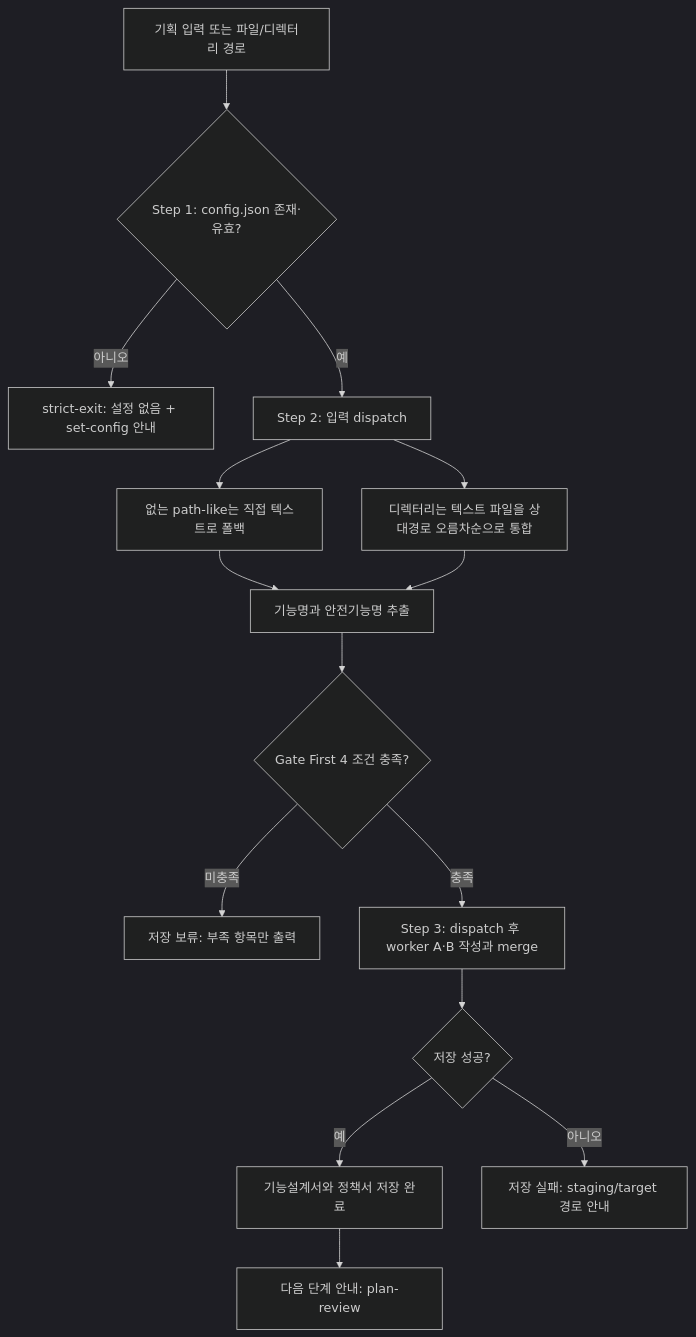
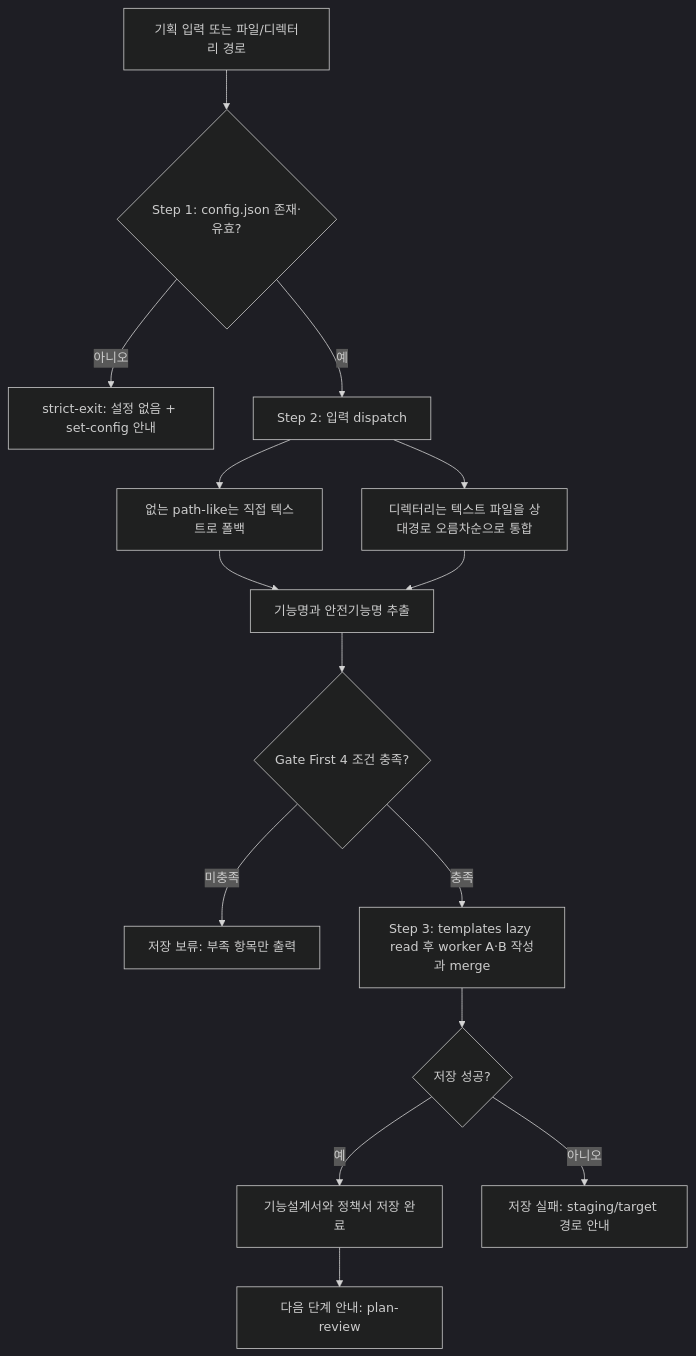
Before and after one commit to inkwonjung-colosseum/plugins: the third of 5 diagrams in product-team-kit/docs/skills-workflow.md, drawn with Mermaid (dark theme). The commit also changed other lines of this file and 37 other files, not shown here.

````diff
--- a/product-team-kit/docs/skills-workflow.md
+++ b/product-team-kit/docs/skills-workflow.md
@@ -100,17 +107,17 @@
 ```mermaid
 flowchart TD
     A[기획 입력 또는 파일/디렉터리 경로] --> S1{Step 1: config.json 존재·유효?}
     S1 -- 아니오 --> S1X[strict-exit: 설정 없음 + set-config 안내]
     S1 -- 예 --> B[Step 2: 입력 dispatch]
     B --> B1[없는 path-like는 직접 텍스트로 폴백]
     B --> B2[디렉터리는 텍스트 파일을 상대경로 오름차순으로 통합]
     B1 --> C[기능명과 안전기능명 추출]
     B2 --> C
     C --> D{Gate First 4 조건 충족?}
     D -- 미충족 --> E[저장 보류: 부족 항목만 출력]
-    D -- 충족 --> H[Step 3: dispatch 후 worker A·B 작성과 merge]
+    D -- 충족 --> H[Step 3: templates lazy read 후 worker A·B 작성과 merge]
     H --> N{저장 성공?}
     N -- 예 --> O[기능설계서와 정책서 저장 완료]
     N -- 아니오 --> P[저장 실패: staging/target 경로 안내]
     O --> Q[다음 단계 안내: plan-review]
 ```
````
